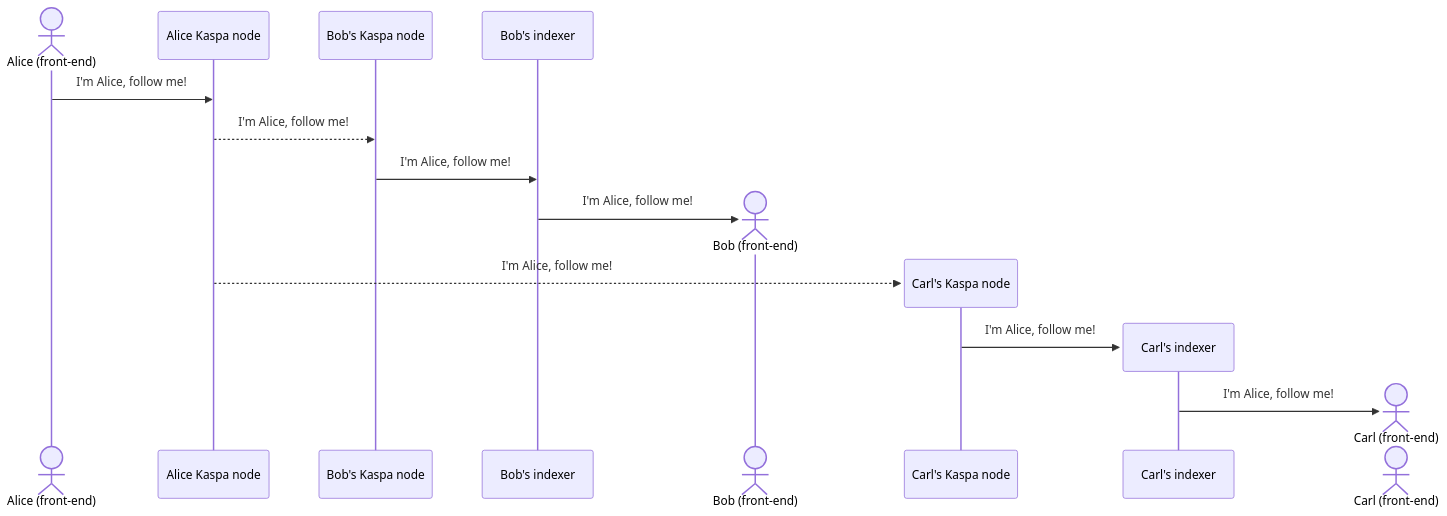
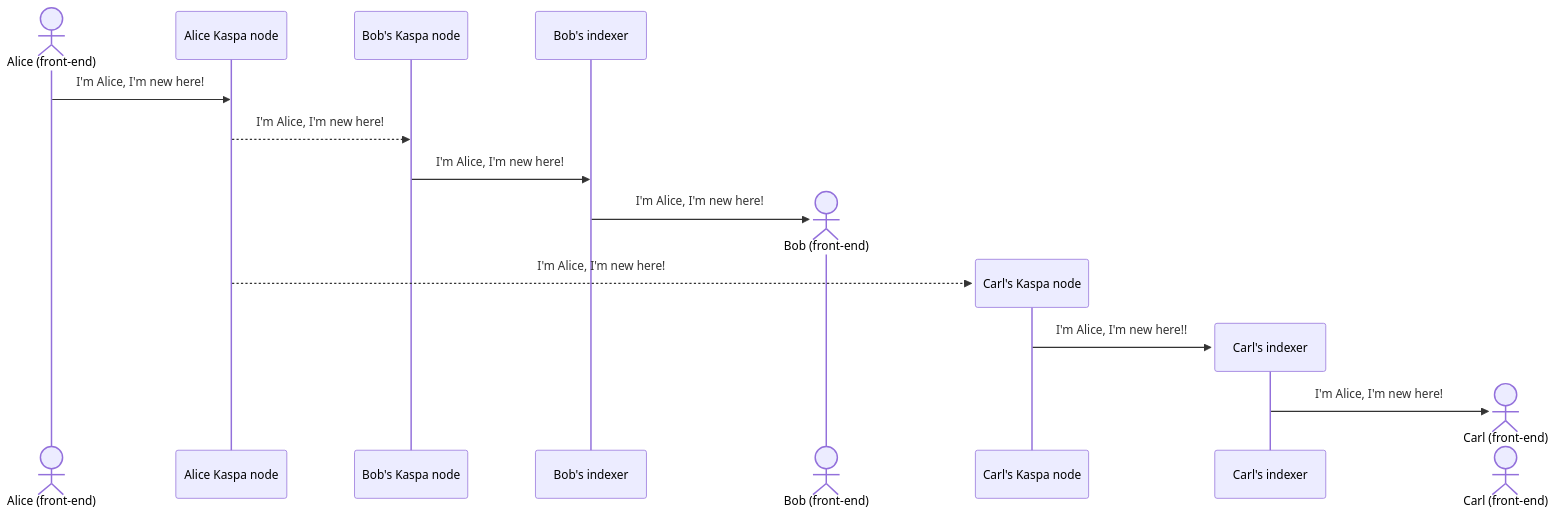
One commit to thesheepcat/kwitter changed the second of 11 diagrams in README.md. Above: the diagram before and after it, drawn with Mermaid. The commit also changed other lines of this file, not shown here.

````diff
--- a/README.md
+++ b/README.md
@@ -79,15 +104,15 @@
 ```mermaid
 sequenceDiagram
     actor A as Alice (front-end)
-    A->>Alice Kaspa node: I'm Alice, follow me!
-    Alice Kaspa node-->>Bob's Kaspa node: I'm Alice, follow me!    
-    Bob's Kaspa node->>Bob's indexer: I'm Alice, follow me!
+    A->>Alice Kaspa node: I'm Alice, I'm new here!
+    Alice Kaspa node-->>Bob's Kaspa node: I'm Alice, I'm new here!   
+    Bob's Kaspa node->>Bob's indexer: I'm Alice, I'm new here!
     create actor B as Bob (front-end)
-    Bob's indexer->>B: I'm Alice, follow me!
+    Bob's indexer->>B: I'm Alice, I'm new here!
     create participant Carl's Kaspa node
-    Alice Kaspa node-->>Carl's Kaspa node: I'm Alice, follow me!
+    Alice Kaspa node-->>Carl's Kaspa node: I'm Alice, I'm new here!
     create participant Carl's indexer
-    Carl's Kaspa node->>Carl's indexer: I'm Alice, follow me!
+    Carl's Kaspa node->>Carl's indexer: I'm Alice, I'm new here!!
     create actor C as Carl (front-end)
-    Carl's indexer->>C: I'm Alice, follow me!
+    Carl's indexer->>C: I'm Alice, I'm new here!
 ```
````
